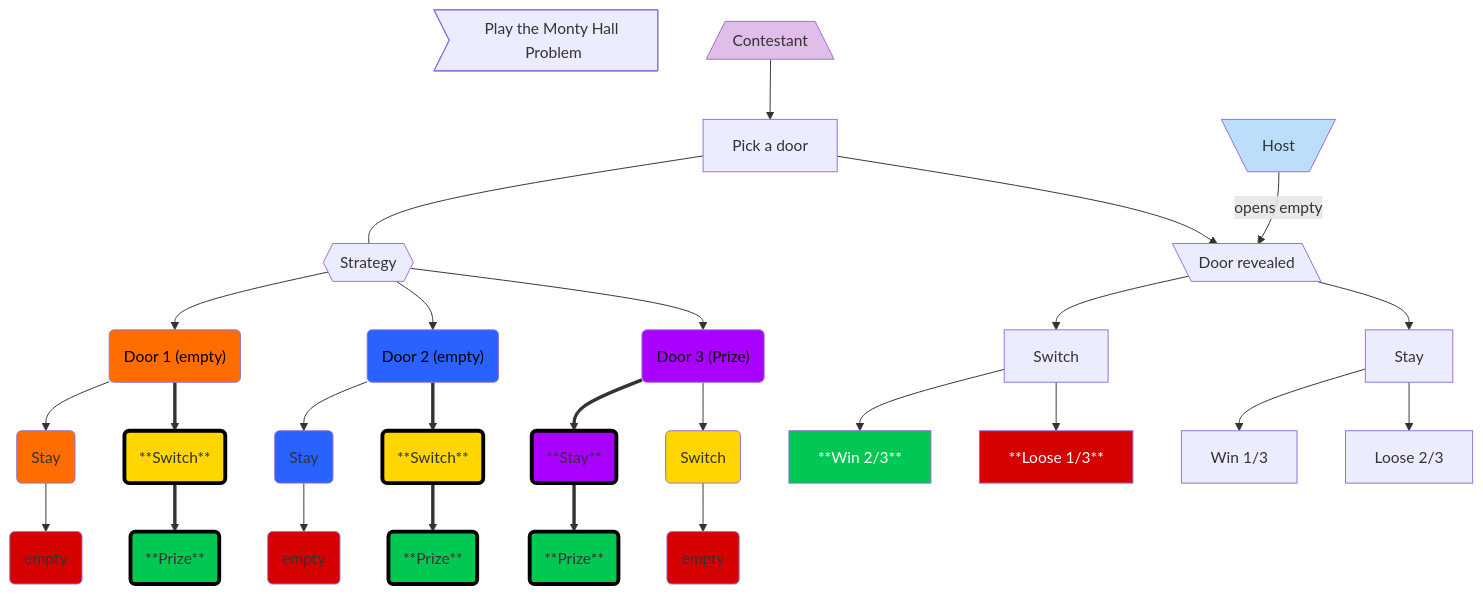
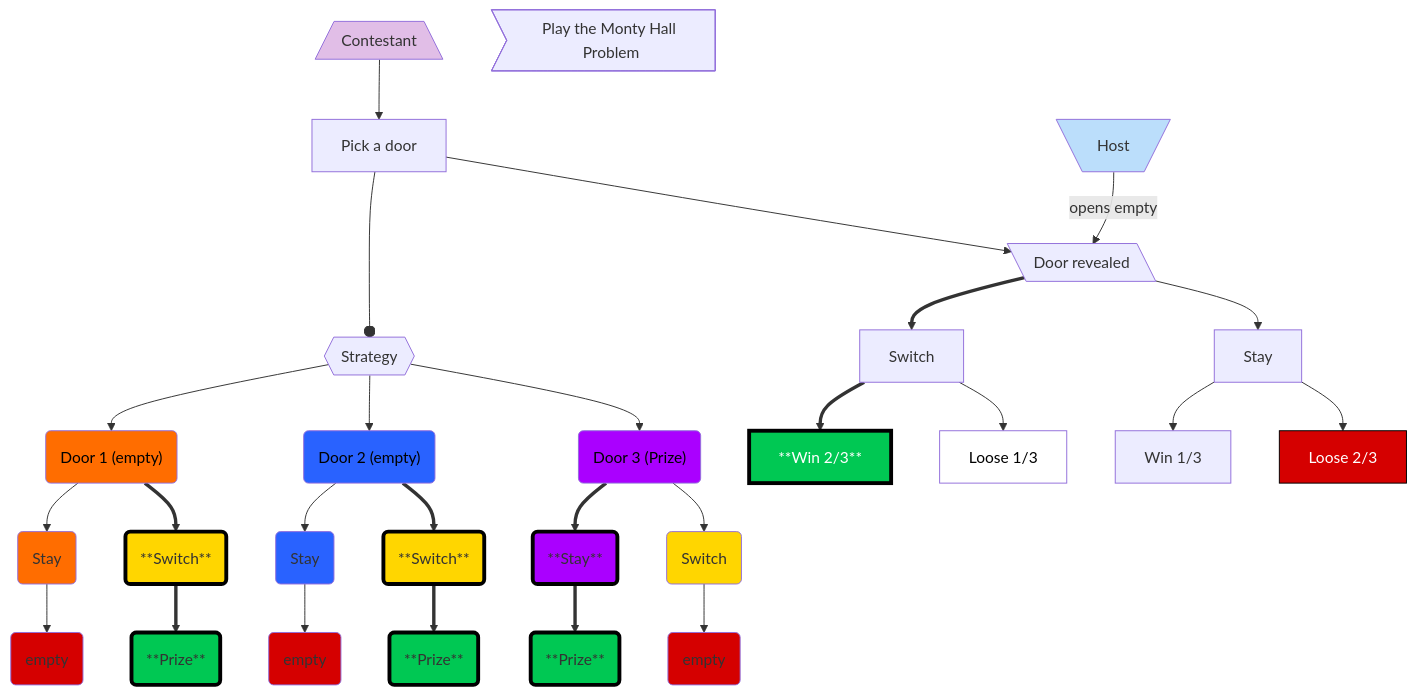
Before and after one commit to BADmommydale/BADmommydale.github.io: the diagram in MontyHallPromblemStrategy.md, drawn with Mermaid.

Commit message:
Update MontyHallPromblemStrategy.md
I think I got it!

````diff
--- a/MontyHallPromblemStrategy.md
+++ b/MontyHallPromblemStrategy.md
@@ -1,47 +1,51 @@
 ```mermaid
 flowchart TD
-    A>"Play the Monty Hall Problem"]    
     B["Contestant"] --> C["Pick a door"]
-    C --- D["Strategy"]
+    C ---o D["Strategy"]
     C --> T["Door revealed"]
     D --> E("Door 1 (empty)") & J("Door 2 (empty)") & O("Door 3 (Prize)")
     E --> F("Stay")
     E ==> G("**Switch**")
     F --> H("empty")
     G ==> I("**Prize**")
     J --> K("Stay")
     J ==> M("**Switch**")
     K --> L("empty")
     M ==> N("**Prize**")
     O ==> P("**Stay**")
     O --> Q("Switch")
     P ==> R("**Prize**")
     Q --> S("empty")
     U["Host"] -- opens empty --> T
-    T --> V["Stay"] & Y["Switch"] 
-    Y --> W["**Win 2/3**"] & X["**Loose 1/3**"]
-    V --> Z["Win 1/3"] & AA["Loose 2/3"]
+    T ==> V["Switch"]
+    T --> Y["Stay"]
+    V ==> W["**Win 2/3**"]
+    V --> X["Loose 1/3"]
+    Y --> Z["Win 1/3"] & AA["Loose 2/3"]
+    A>"Play the Monty Hall Problem"]
     B@{ shape: trap-b}
     D@{ shape: hex}
     T@{ shape: lean-l}
     U@{ shape: trap-t}
     style B fill:#E1BEE7
     style E color:#000000,fill:#FF6D00
     style J color:#000000,fill:#2962FF
     style O color:#000000,fill:#AA00FF
     style F fill:#FF6D00
     style G fill:#FFD600,stroke-width:4px,stroke-dasharray: 0,stroke:#000000
     style H fill:#D50000
     style I fill:#00C853,stroke-width:4px,stroke-dasharray: 0,stroke:#000000
     style K fill:#2962FF
     style M fill:#FFD600,stroke-width:4px,stroke-dasharray: 0,stroke:#000000
     style L fill:#D50000
     style N fill:#00C853,stroke-width:4px,stroke-dasharray: 0,stroke:#000000
     style P fill:#AA00FF,stroke-width:4px,stroke-dasharray: 0,stroke:#000000
     style Q fill:#FFD600
     style R fill:#00C853,stroke-width:4px,stroke-dasharray: 0,stroke:#000000
     style S fill:#D50000
     style U fill:#BBDEFB
-    style W fill:#00C853,color:#FFFFFF
-    style X fill:#D50000,color:#FFFFFF
+    style W fill:#00C853,color:#FFFFFF,stroke-width:4px,stroke-dasharray: 0,stroke:#000000
+    style X fill:#FFFFFF,color:#000000
+    style AA fill:#D50000,color:#FFFFFF,stroke-width:1px,stroke-dasharray: 0,stroke:#000000
+
 ```
````
